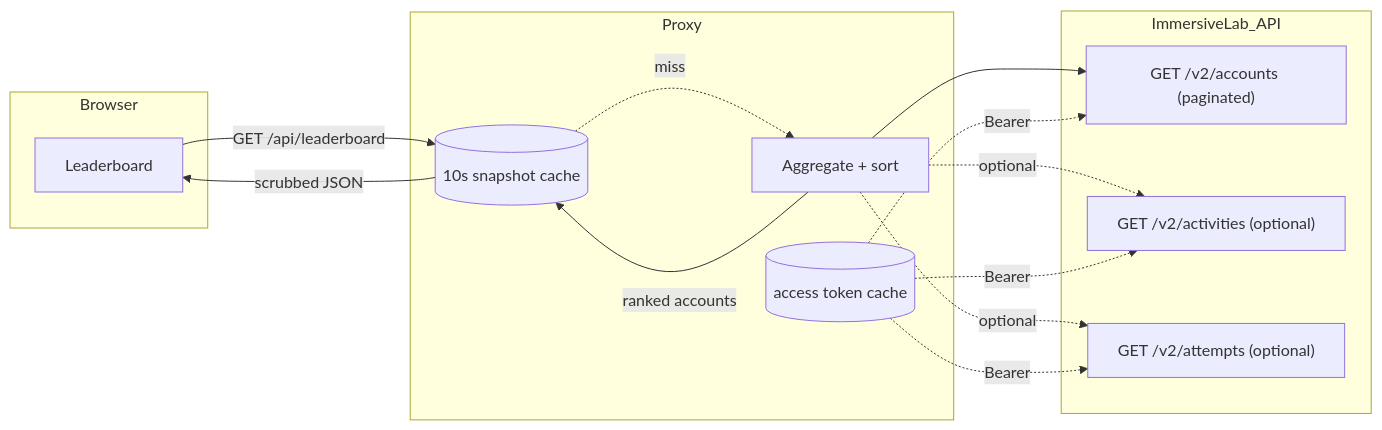
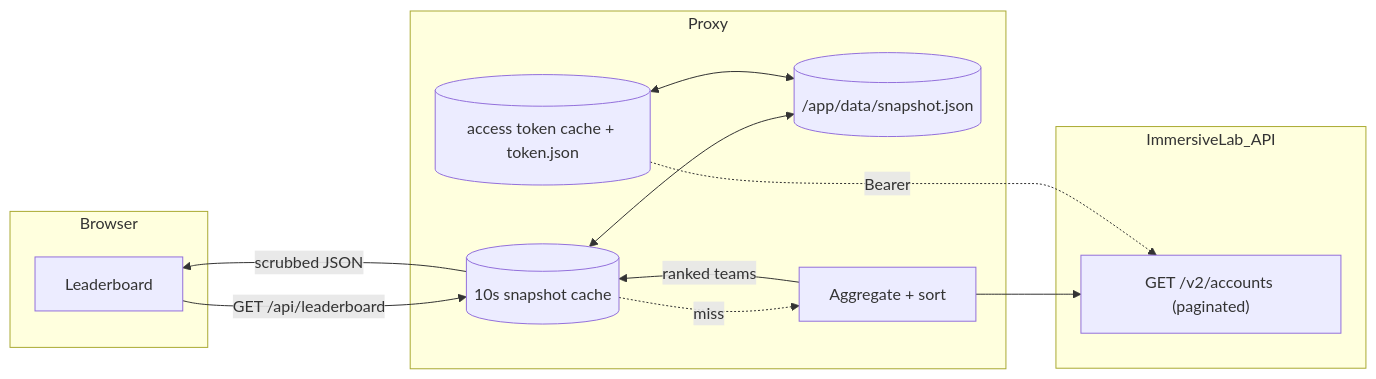
Before and after one commit to Arylmera/TheGreenGauntlet: the second of 3 diagrams in docs/data-flow.md, drawn with Mermaid. The commit also changed other lines of this file and 15 other files, not shown here.

````diff
--- a/docs/data-flow.md
+++ b/docs/data-flow.md
@@ -50,27 +47,24 @@
 ```mermaid
 flowchart LR
     subgraph Browser
       UI[Leaderboard]
     end
     subgraph Proxy
       CACHE[("10s snapshot cache")]
-      TOK[("access token cache")]
+      DISK[("/app/data/snapshot.json")]
+      TOK[("access token cache + token.json")]
       AGG[Aggregate + sort]
     end
     subgraph ImmersiveLab_API
       A["GET /v2/accounts (paginated)"]
-      ACT["GET /v2/activities (optional)"]
-      AT["GET /v2/attempts (optional)"]
     end
 
     UI -->|"GET /api/leaderboard"| CACHE
     CACHE -.miss.-> AGG
     AGG --> A
-    AGG -.optional.-> ACT
-    AGG -.optional.-> AT
     TOK -.->|"Bearer"| A
-    TOK -.->|"Bearer"| ACT
-    TOK -.->|"Bearer"| AT
-    AGG -->|"ranked accounts"| CACHE
+    AGG -->|"ranked teams"| CACHE
+    CACHE <--> DISK
+    TOK <--> DISK
     CACHE -->|"scrubbed JSON"| UI
 ```
````
